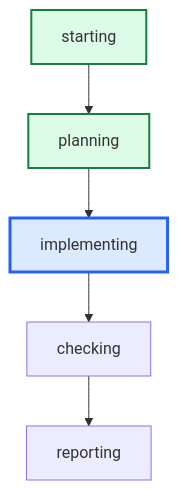
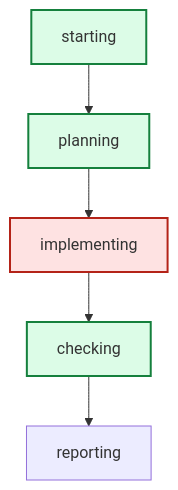
Before and after one commit to daniell0gda/hermes-feature-check-dashboard: the diagram in runs/r82-porter-broad-sweep/graph.mmd, drawn with Mermaid. The commit also changed 30 other files, not shown here.

```diff
--- a/runs/r82-porter-broad-sweep/graph.mmd
+++ b/runs/r82-porter-broad-sweep/graph.mmd
@@ -1,12 +1,13 @@
 graph TD
     starting --> planning
     planning --> implementing
     implementing --> checking
     checking --> reporting
 
 classDef done fill:#dcfce7,stroke:#15803d,stroke-width:2px;
 classDef active fill:#dbeafe,stroke:#2563eb,stroke-width:3px;
 classDef failed fill:#fee2e2,stroke:#b42318,stroke-width:2px;
-class implementing active;
+class checking done;
+class implementing failed;
 class starting done;
 class planning done;
```
